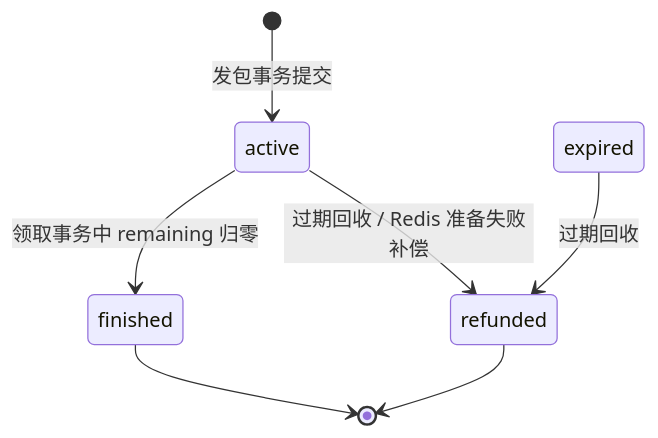
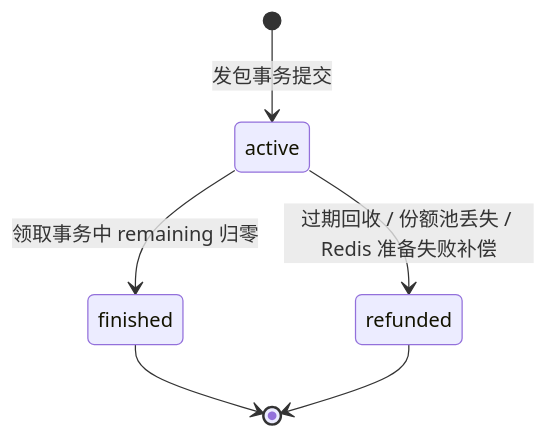
Before and after one commit to RedInn7/gomall: the third of 4 diagrams in docs/lecture/18-redpacket.md, drawn with Mermaid. The commit also changed other lines of this file and 1 other file, not shown here.

````diff
--- a/docs/lecture/18-redpacket.md
+++ b/docs/lecture/18-redpacket.md
@@ -431,9 +470,8 @@
 ```mermaid
 stateDiagram-v2
     [*] --> active: 发包事务提交
     active --> finished: 领取事务中 remaining 归零
-    active --> refunded: 过期回收 / Redis 准备失败补偿
-    expired --> refunded: 过期回收
+    active --> refunded: 过期回收 / 份额池丢失 / Redis 准备失败补偿
     finished --> [*]
     refunded --> [*]
 ```
````
